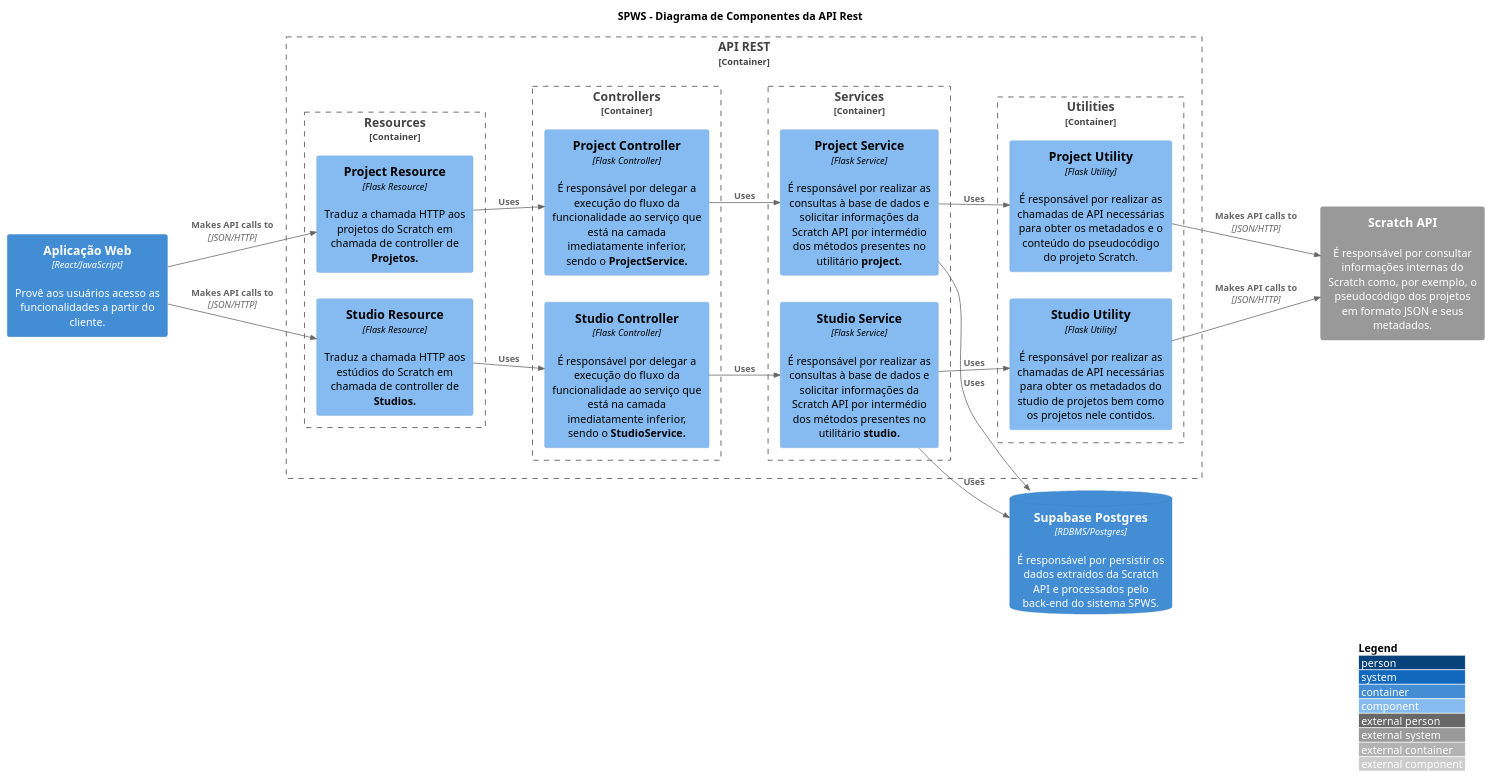
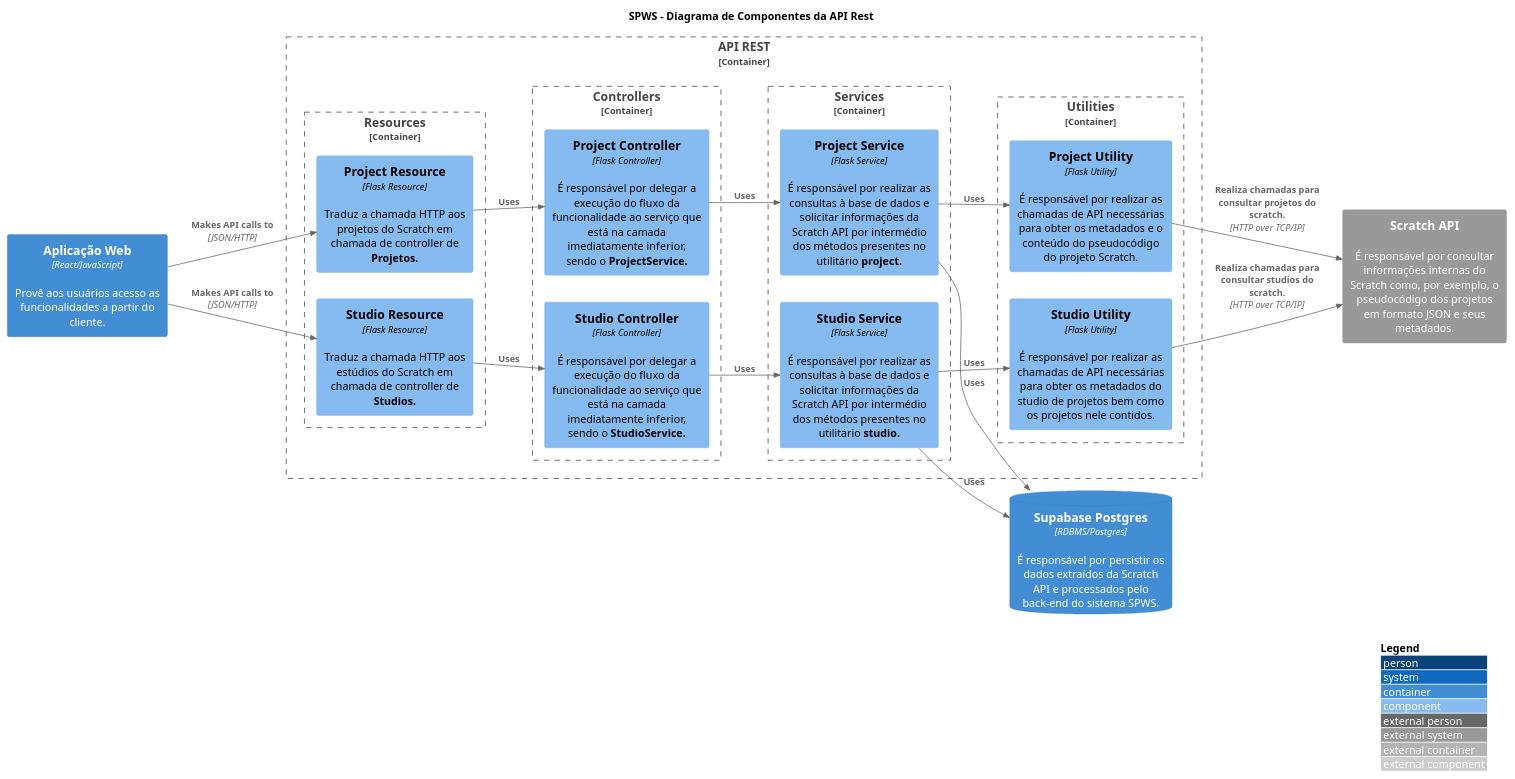
Before and after one commit to MurylloEx/ml-scratch-webcrawler-docs: the diagram in pages/C1. Visão Geral/C2. Sistema/C3. Algoritmo e Solução/components.puml, drawn with PlantUML. The commit also changed 2 other files, not shown here.

```diff
--- a/pages/C1. Visão Geral/C2. Sistema/C3. Algoritmo e Solução/components.puml
+++ b/pages/C1. Visão Geral/C2. Sistema/C3. Algoritmo e Solução/components.puml
@@ -1,58 +1,58 @@
 @startuml "C3 Component Diagram"
 
 title "SPWS - Diagrama de Componentes da API Rest"
 
 !include https://raw.githubusercontent.com/adrianvlupu/C4-PlantUML/latest/C4_Component.puml
 
 LAYOUT_WITH_LEGEND()
 LAYOUT_LEFT_RIGHT()
 
 skinparam Style strictuml
 skinparam backgroundcolor transparent
 
 Container(MobileApp, "Aplicação Web", "React/JavaScript", "Provê aos usuários acesso as funcionalidades a partir do cliente.")
 ContainerDb(Database, "Supabase Postgres", "RDBMS/Postgres", "É responsável por persistir os dados extraídos da Scratch API e processados pelo back-end do sistema SPWS.")
 System_Ext(SystemScratchApi, "Scratch API", "É responsável por consultar informações internas do Scratch como, por exemplo, o pseudocódigo dos projetos em formato JSON e seus metadados.")
 
 Container_Boundary(SystemApi, "API REST") {
 
   Container_Boundary(SystemResources, "Resources") {
     Component(ProjectResource, "Project Resource", "Flask Resource", "Traduz a chamada HTTP aos projetos do Scratch em chamada de controller de <b>Projetos.</b>")
     Component(StudioResource, "Studio Resource", "Flask Resource", "Traduz a chamada HTTP aos estúdios do Scratch em chamada de controller de <b>Studios.</b>")
 
     Rel(MobileApp, ProjectResource, "Makes API calls to", "JSON/HTTP")
     Rel(MobileApp, StudioResource, "Makes API calls to", "JSON/HTTP")
   }
 
   Container_Boundary(SystemControllers, "Controllers") {
     Component(ProjectController, "Project Controller", "Flask Controller", "É responsável por delegar a execução do fluxo da funcionalidade ao serviço que está na camada imediatamente inferior, sendo o <b>ProjectService.</b>")
     Component(StudioController, "Studio Controller", "Flask Controller", "É responsável por delegar a execução do fluxo da funcionalidade ao serviço que está na camada imediatamente inferior, sendo o <b>StudioService.</b>")
 
     Rel(ProjectResource, ProjectController, "Uses")
     Rel(StudioResource, StudioController, "Uses")
   }
 
   Container_Boundary(SystemServices, "Services") {
     Component(ProjectService, "Project Service", "Flask Service", "É responsável por realizar as consultas à base de dados e solicitar informações da Scratch API por intermédio dos métodos presentes no utilitário <b>project.</b>")
     Component(StudioService, "Studio Service", "Flask Service", "É responsável por realizar as consultas à base de dados e solicitar informações da Scratch API por intermédio dos métodos presentes no utilitário <b>studio.</b>")
 
     Rel(ProjectController, ProjectService, "Uses")
     Rel(StudioController, StudioService, "Uses")
   }
 
   Container_Boundary(SystemUtilities, "Utilities") {
     Component(ProjectUtility, "Project Utility", "Flask Utility", "É responsável por realizar as chamadas de API necessárias para obter os metadados e o conteúdo do pseudocódigo do projeto Scratch.")
     Component(StudioUtility, "Studio Utility", "Flask Utility", "É responsável por realizar as chamadas de API necessárias para obter os metadados do studio de projetos bem como os projetos nele contidos.")
 
     Rel(ProjectService, ProjectUtility, "Uses")
     Rel(StudioService, StudioUtility, "Uses")
   }
 
   Rel(ProjectService, Database, "Uses")
   Rel(StudioService, Database, "Uses")
-  Rel(ProjectUtility, SystemScratchApi, "Makes API calls to", "JSON/HTTP")
-  Rel(StudioUtility, SystemScratchApi, "Makes API calls to", "JSON/HTTP")
+  Rel(ProjectUtility, SystemScratchApi, "Realiza chamadas para consultar projetos do scratch.", "HTTP over TCP/IP")
+  Rel(StudioUtility, SystemScratchApi, "Realiza chamadas para consultar studios do scratch.", "HTTP over TCP/IP")
 
 }
 
 @enduml
```
